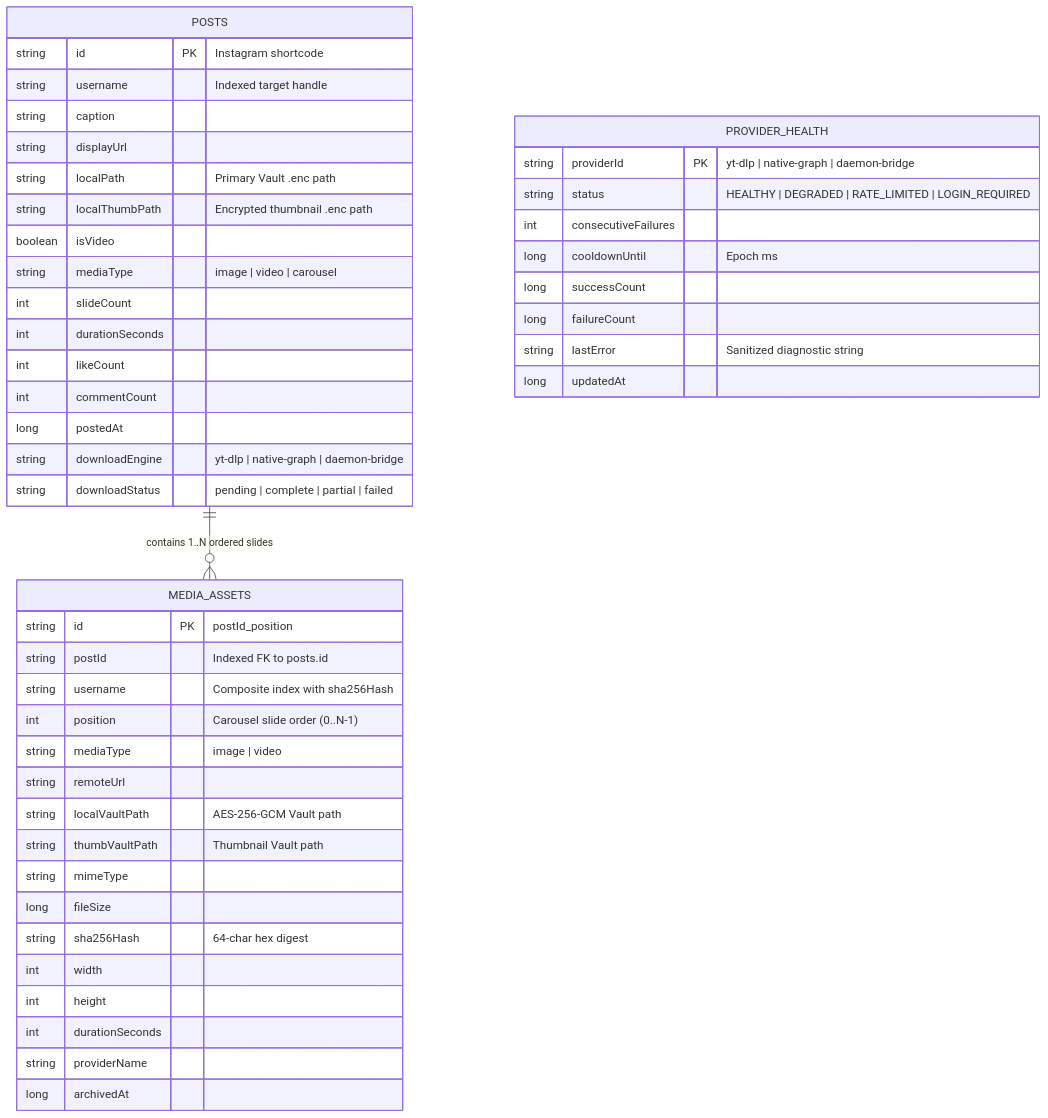
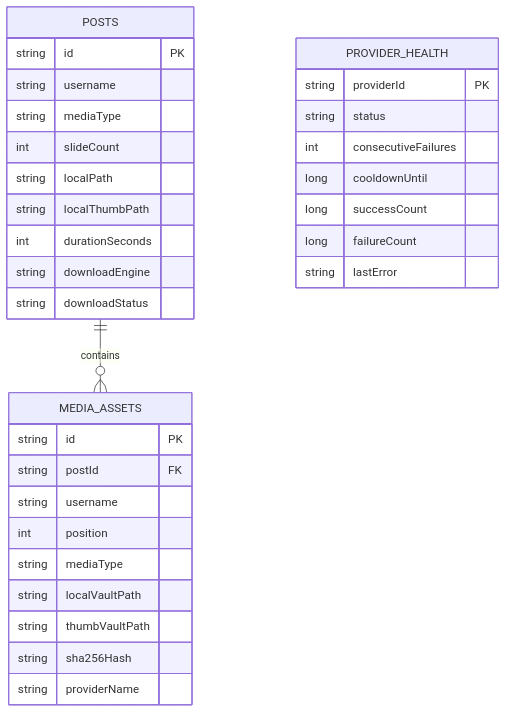
Before and after one commit to ramilseferov/instalogger: the sixth of 6 diagrams in docs/MEDIA_ARCHIVING_ARCHITECTURE.md, drawn with Mermaid. The commit also changed other lines of this file and 1 other file, not shown here.

Commit message:
docs(architecture): redesign Mermaid diagrams for vertical GitHub rendering and fix parser syntax

````diff
--- a/docs/MEDIA_ARCHIVING_ARCHITECTURE.md
+++ b/docs/MEDIA_ARCHIVING_ARCHITECTURE.md
@@ -213,52 +198,38 @@
 ```mermaid
 erDiagram
+    POSTS ||--o{ MEDIA_ASSETS : contains
+
     POSTS {
-        string id PK "Instagram shortcode"
-        string username "Indexed target handle"
-        string caption
-        string displayUrl
-        string localPath "Primary Vault .enc path"
-        string localThumbPath "Encrypted thumbnail .enc path"
-        boolean isVideo
-        string mediaType "image | video | carousel"
+        string id PK
+        string username
+        string mediaType
         int slideCount
+        string localPath
+        string localThumbPath
         int durationSeconds
-        int likeCount
-        int commentCount
-        long postedAt
-        string downloadEngine "yt-dlp | native-graph | daemon-bridge"
-        string downloadStatus "pending | complete | partial | failed"
+        string downloadEngine
+        string downloadStatus
     }
 
     MEDIA_ASSETS {
-        string id PK "postId_position"
-        string postId "Indexed FK to posts.id"
-        string username "Composite index with sha256Hash"
-        int position "Carousel slide order (0..N-1)"
-        string mediaType "image | video"
-        string remoteUrl
-        string localVaultPath "AES-256-GCM Vault path"
-        string thumbVaultPath "Thumbnail Vault path"
-        string mimeType
-        long fileSize
-        string sha256Hash "64-char hex digest"
-        int width
-        int height
-        int durationSeconds
+        string id PK
+        string postId FK
+        string username
+        int position
+        string mediaType
+        string localVaultPath
+        string thumbVaultPath
+        string sha256Hash
         string providerName
-        long archivedAt
     }
 
     PROVIDER_HEALTH {
-        string providerId PK "yt-dlp | native-graph | daemon-bridge"
-        string status "HEALTHY | DEGRADED | RATE_LIMITED | LOGIN_REQUIRED"
+        string providerId PK
+        string status
         int consecutiveFailures
-        long cooldownUntil "Epoch ms"
+        long cooldownUntil
         long successCount
         long failureCount
-        string lastError "Sanitized diagnostic string"
-        long updatedAt
+        string lastError
     }
-
-    POSTS ||--o{ MEDIA_ASSETS : "contains 1..N ordered slides"
 ```
````
